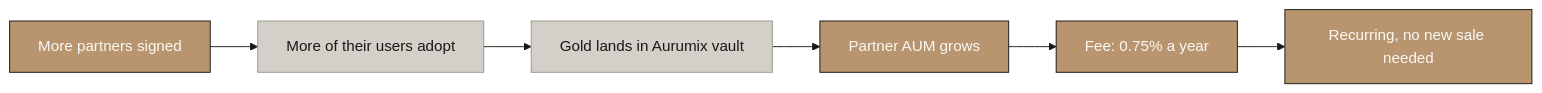
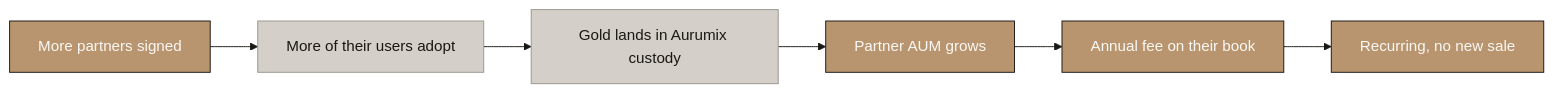
One commit to Abdsys/Aurumix changed the sixth of 6 diagrams in deliverables/4-revenue-modeling/Aurumix_Process_Maps_Revenue_Growth.md. Above: the diagram before and after it, drawn with Mermaid. The commit also changed other lines of this file, not shown here.

First line of the commit message:
Abstract the growth maps; fold spot into the entry fee

````diff
--- a/deliverables/4-revenue-modeling/Aurumix_Process_Maps_Revenue_Growth.md
+++ b/deliverables/4-revenue-modeling/Aurumix_Process_Maps_Revenue_Growth.md
@@ -288,27 +294,27 @@
 ```mermaid
 %%{init: {'theme': 'base', 'themeVariables': {
     'primaryColor': '#B8956E',
     'primaryTextColor': '#1A1714',
     'primaryBorderColor': '#1A1714',
     'lineColor': '#1A1714',
     'secondaryColor': '#FAF8F5',
     'tertiaryColor': '#D4CFC8',
     'fontFamily': 'Libre Franklin, sans-serif',
     'edgeLabelBackground': '#D4CFC8',
     'clusterBkg': '#FAF8F5',
     'clusterBorder': '#B8956E'
 }}}%%
 graph LR
     A["More partners signed"] --> B["More of their users adopt"]
-    B --> C["Gold lands in Aurumix vault"]
+    B --> C["Gold lands in Aurumix custody"]
     C --> D["Partner AUM grows"]
-    D --> E["Fee: 0.75% a year"]
-    E --> F["Recurring, no new sale needed"]
+    D --> E["Annual fee on their book"]
+    E --> F["Recurring, no new sale"]
 
     style A fill:#B8956E,stroke:#1A1714,color:#FAF8F5
     style B fill:#D4CFC8,stroke:#9A9590,color:#1A1714
     style C fill:#D4CFC8,stroke:#9A9590,color:#1A1714
     style D fill:#B8956E,stroke:#1A1714,color:#FAF8F5
     style E fill:#B8956E,stroke:#1A1714,color:#FAF8F5
     style F fill:#B8956E,stroke:#1A1714,color:#FAF8F5
 ```
````
